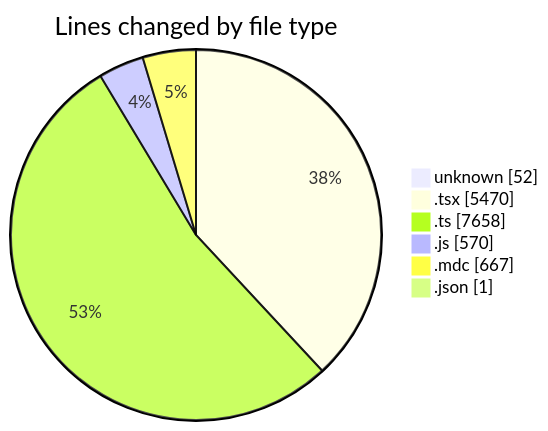
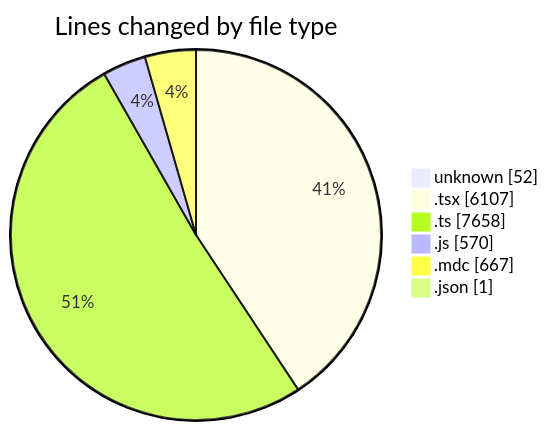
Before and after one commit to CELIANVF/code-tracking: the first of 2 diagrams in 2025-06-02/ecodeli-1/README.md, drawn with Mermaid. The commit also changed other lines of this file and 1 other file, not shown here.

````diff
--- a/2025-06-02/ecodeli-1/README.md
+++ b/2025-06-02/ecodeli-1/README.md
@@ -69,10 +70,10 @@
 ```mermaid
 pie showData
 title Lines changed by file type
 "unknown" : 52
-".tsx" : 5470
+".tsx" : 6107
 ".ts" : 7658
 ".js" : 570
 ".mdc" : 667
 ".json" : 1
 ```
````
